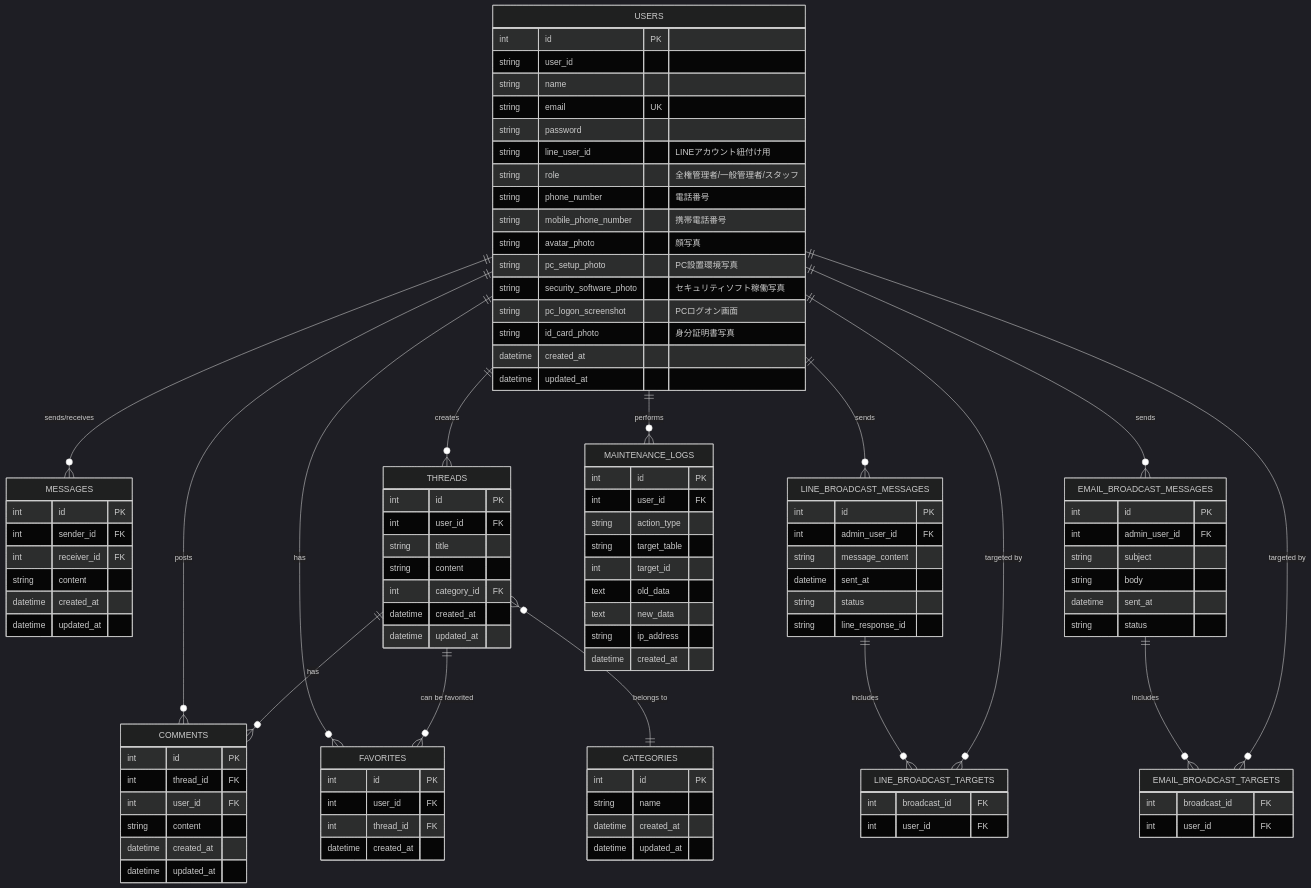
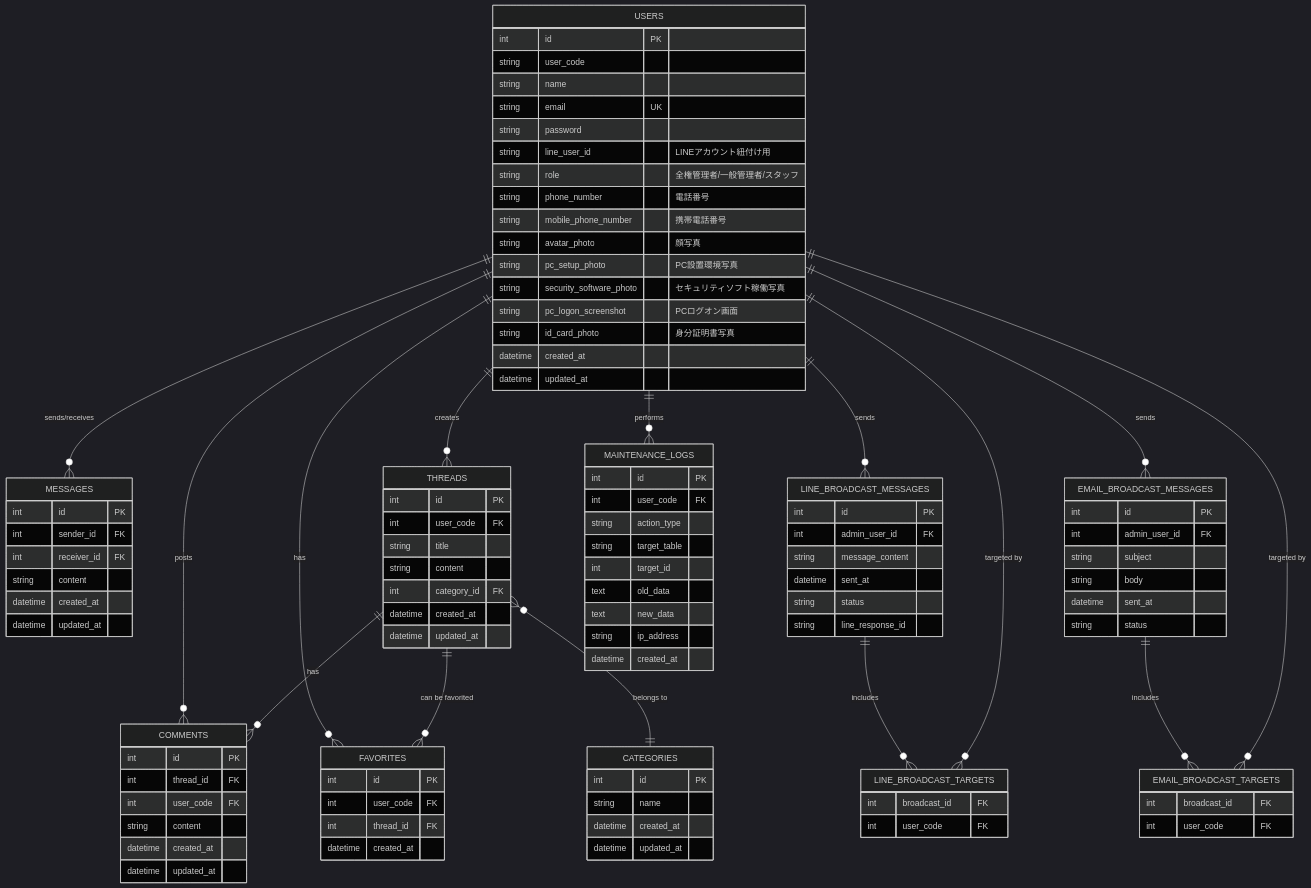
Before and after one commit to Hideo0121/SSns.prj: the diagram in Doc/05_er_diagram.md, drawn with Mermaid (dark theme). The commit also changed other lines of this file and 1 other file, not shown here.

Commit message:
user_id → user_code

```diff
--- a/Doc/05_er_diagram.md
+++ b/Doc/05_er_diagram.md
@@ -9,7 +9,7 @@
     %% エンティティ定義
     USERS {
         int id PK
-        string user_id
+        string user_code
         string name
         string email UK
         string password
@@ -37,7 +37,7 @@
 
     THREADS {
         int id PK
-        int user_id FK
+        int user_code FK
         string title
         string content
         int category_id FK
@@ -48,7 +48,7 @@
     COMMENTS {
         int id PK
         int thread_id FK
-        int user_id FK
+        int user_code FK
         string content
         datetime created_at
         datetime updated_at
@@ -81,17 +81,17 @@
 
     LINE_BROADCAST_TARGETS {
         int broadcast_id FK
-        int user_id FK
+        int user_code FK
     }
 
     EMAIL_BROADCAST_TARGETS {
         int broadcast_id FK
-        int user_id FK
+        int user_code FK
     }
 
     MAINTENANCE_LOGS {
         int id PK
-        int user_id FK
+        int user_code FK
         string action_type
         string target_table
         int target_id
@@ -103,7 +103,7 @@
 
     FAVORITES {
         int id PK
-        int user_id FK
+        int user_code FK
         int thread_id FK
         datetime created_at
     }
```
